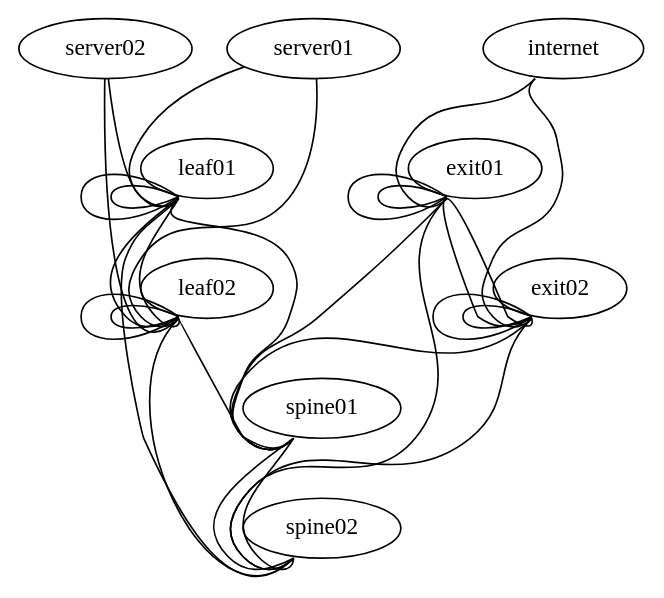
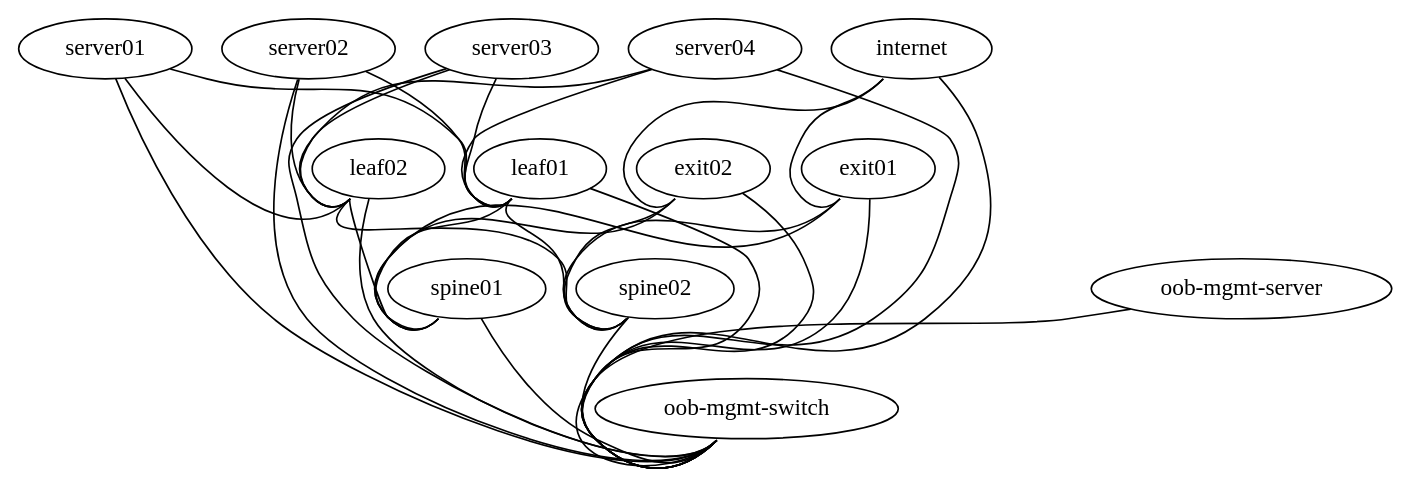
One commit to routemypacket/cumulus-lab changed the diagram in sim-thg/topology.dot. Above: the diagram before and after it, drawn with Graphviz.

Commit message:
Added changes to topology, readded oob srv and sw

```diff
--- a/sim-thg/topology.dot
+++ b/sim-thg/topology.dot
@@ -1,47 +1,51 @@
 graph vx {
  "leaf01" [function="leaf" os="CumulusCommunity/cumulus-vx" version="3.6.2" memory="768" config="./helper_scripts/config_switch.sh" ]
  "leaf02" [function="leaf" os="CumulusCommunity/cumulus-vx" version="3.6.2" memory="768" config="./helper_scripts/config_switch.sh" ]
  "spine01" [function="spine" os="CumulusCommunity/cumulus-vx" version="3.6.2" memory="768" config="./helper_scripts/config_switch.sh" ]
  "spine02" [function="spine" os="CumulusCommunity/cumulus-vx" version="3.6.2" memory="768" config="./helper_scripts/config_switch.sh" ]
  "exit01" [function="exit" os="CumulusCommunity/cumulus-vx" version="3.6.2" memory="768" config="./helper_scripts/config_switch.sh" ]
  "exit02" [function="exit" os="CumulusCommunity/cumulus-vx" version="3.6.2" memory="768" config="./helper_scripts/config_switch.sh" ]
  "server01" [function="host" os="yk0/ubuntu-xenial" memory="512" config="./helper_scripts/config_server.sh" ]
  "server02" [function="host" os="yk0/ubuntu-xenial" memory="512" config="./helper_scripts/config_server.sh" ]
+ "server03" [function="host" os="yk0/ubuntu-xenial" memory="512" config="./helper_scripts/config_server.sh" ]
+ "server04" [function="host" os="yk0/ubuntu-xenial" memory="512" config="./helper_scripts/config_server.sh" ]
  "internet" [function="internet" os="CumulusCommunity/cumulus-vx" version="3.6.2" memory="768" config="./helper_scripts/config_internet.sh" ]
- 
+ "oob-mgmt-switch" [function="oob-switch" vagrant="eth0" os="CumulusCommunity/cumulus-vx" version="3.6.2" memory="768" config="./helper_scripts/config_oob_switch.sh" ]
+ "oob-mgmt-server" [function="oob-server" vagrant="eth0" os="CumulusCommunity/vx_oob_server" version="1.0.4" memory="1024" config="./helper_scripts/config_oob_server.sh" ]
+
  "leaf01":"swp15" -- "spine01":"swp1"
  "leaf02":"swp15" -- "spine01":"swp2"
  "leaf01":"swp16" -- "spine02":"swp1"
  "leaf02":"swp16" -- "spine02":"swp2"
 
- "leaf01":"swp13" -- "leaf02":"swp13"
- "leaf01":"swp14" -- "leaf02":"swp14"
+ "exit01":"swp15" -- "spine01":"swp14"
+ "exit01":"swp16" -- "spine02":"swp14"
+ "exit02":"swp15" -- "spine01":"swp13"
+ "exit02":"swp16" -- "spine02":"swp13"
 
- "spine01":"swp15" -- "spine02":"swp15"
- "spine01":"swp16" -- "spine02":"swp16"
- "exit01":"swp13" -- "exit02":"swp13"
- "exit01":"swp14" -- "exit02":"swp14"
+ "internet":"swp1" -- "exit01":"swp1"
+ "internet":"swp2" -- "exit02":"swp1"
 
  "server01":"eth1" -- "leaf01":"swp1" [left_mac="00:03:00:11:11:01"]
  "server01":"eth2" -- "leaf02":"swp1" [left_mac="00:03:00:11:11:02"]
  "server02":"eth1" -- "leaf01":"swp2" [left_mac="00:03:00:22:22:01"]
  "server02":"eth2" -- "leaf02":"swp2" [left_mac="00:03:00:22:22:02"]
+ "server03":"eth1" -- "leaf01":"swp3" [left_mac="00:03:00:33:33:01"]
+ "server03":"eth2" -- "leaf02":"swp3" [left_mac="00:03:00:33:33:02"]
+ "server04":"eth1" -- "leaf01":"swp4" [left_mac="00:03:00:44:44:01"]
+ "server04":"eth2" -- "leaf02":"swp4" [left_mac="00:03:00:44:44:02"]
 
- "exit01":"swp15" -- "spine01":"swp14"
- "exit01":"swp16" -- "spine02":"swp14"
- "exit02":"swp15" -- "spine01":"swp13"
- "exit02":"swp16" -- "spine02":"swp13"
- "exit01":"swp9" -- "exit01":"swp10"
- "exit01":"swp11" -- "exit01":"swp12"
- "exit02":"swp9" -- "exit02":"swp10"
- "exit02":"swp11" -- "exit02":"swp12"
-
- "leaf01":"swp9" -- "leaf01":"swp10"
- "leaf01":"swp11" -- "leaf01":"swp12"
- "leaf02":"swp9" -- "leaf02":"swp10"
- "leaf02":"swp11" -- "leaf02":"swp12"
-
- "internet":"swp1" -- "exit01":"swp8"
- "internet":"swp2" -- "exit02":"swp8"
+ "oob-mgmt-server":"eth1" -- "oob-mgmt-switch":"swp1" [right_mac="a0:00:00:00:00:61"]
+ "server01":"eth0" -- "oob-mgmt-switch":"swp2" [left_mac="a0:00:00:00:00:31"]
+ "server02":"eth0" -- "oob-mgmt-switch":"swp3" [left_mac="a0:00:00:00:00:32"]
+ "server03":"eth0" -- "oob-mgmt-switch":"swp4" [left_mac="a0:00:00:00:00:33"]
+ "server04":"eth0" -- "oob-mgmt-switch":"swp5" [left_mac="a0:00:00:00:00:34"]
+ "leaf01":"eth0" -- "oob-mgmt-switch":"swp6" [left_mac="a0:00:00:00:00:11"]
+ "leaf02":"eth0" -- "oob-mgmt-switch":"swp7" [left_mac="a0:00:00:00:00:12"]
+ "spine01":"eth0" -- "oob-mgmt-switch":"swp8" [left_mac="a0:00:00:00:00:21"]
+ "spine02":"eth0" -- "oob-mgmt-switch":"swp9" [left_mac="a0:00:00:00:00:22"]
+ "exit01":"eth0" -- "oob-mgmt-switch":"swp10" [left_mac="a0:00:00:00:00:41"]
+ "exit02":"eth0" -- "oob-mgmt-switch":"swp11" [left_mac="a0:00:00:00:00:42"]
+ "internet":"eth0" -- "oob-mgmt-switch":"swp12" [left_mac="a0:00:00:00:00:50"]
 
 }
```
